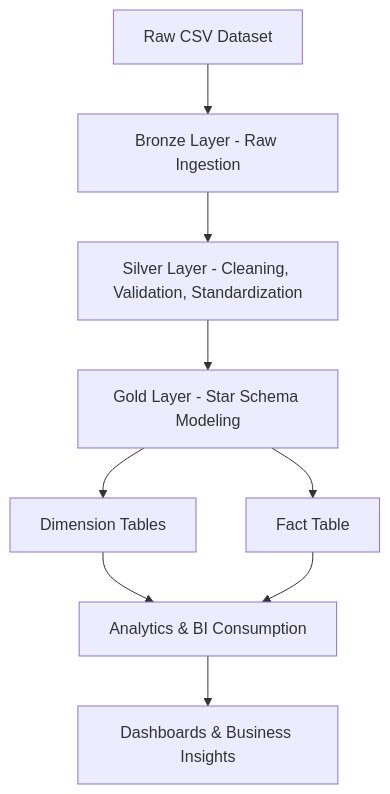
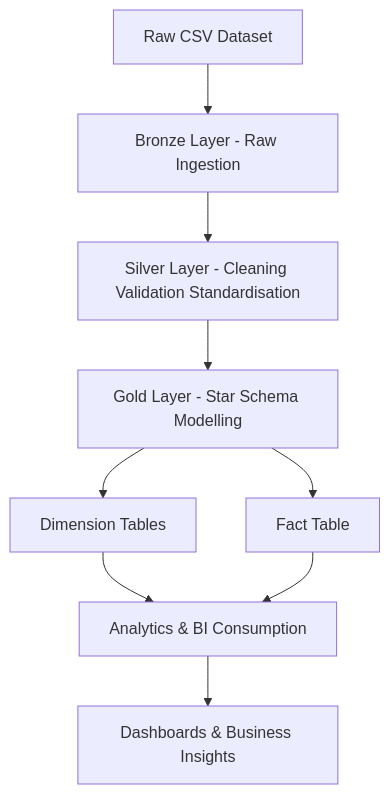
Before and after one commit to tshikositshifhiwa4-cmyk/car_sales_databricks_project: the first of 2 diagrams in README.md, drawn with Mermaid. The commit also changed other lines of this file, not shown here.

````diff
--- a/README.md
+++ b/README.md
@@ -34,11 +39,11 @@
 ```mermaid
 flowchart TD
     A[Raw CSV Dataset] --> B[Bronze Layer - Raw Ingestion]
-    B --> C[Silver Layer - Cleaning, Validation, Standardization]
-    C --> D[Gold Layer - Star Schema Modeling]
+    B --> C[Silver Layer - Cleaning Validation Standardisation]
+    C --> D[Gold Layer - Star Schema Modelling]
     D --> E[Dimension Tables]
     D --> F[Fact Table]
     E --> G[Analytics & BI Consumption]
     F --> G
     G --> H[Dashboards & Business Insights]
 ```
````
